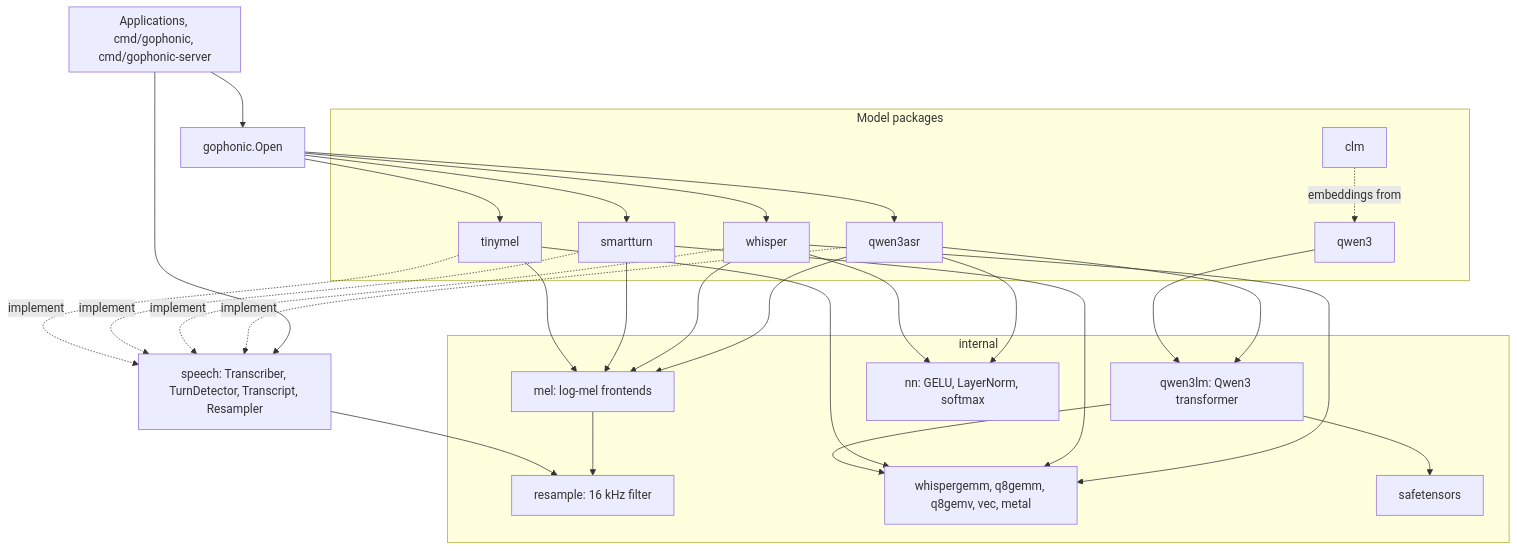
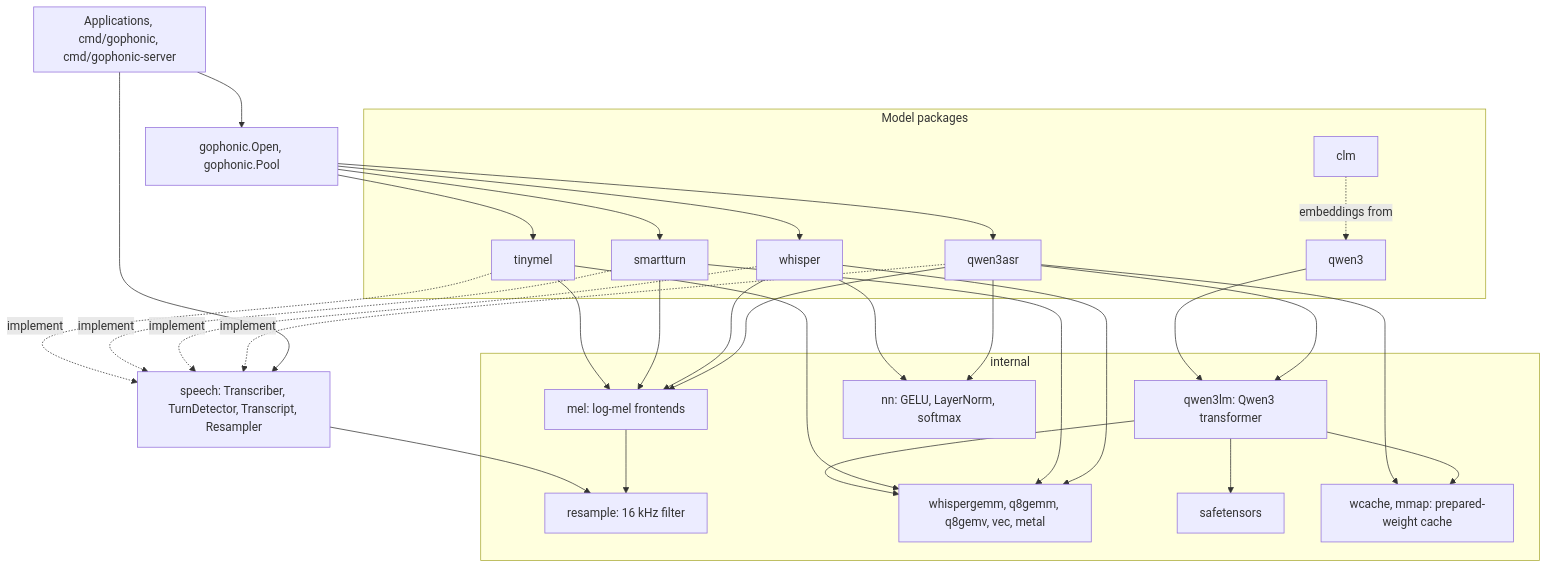
Before and after one commit to GetStream/gophonic: the first of 4 diagrams in docs/architecture.md, drawn with Mermaid. The commit also changed other lines of this file and 43 other files, not shown here.

````diff
--- a/docs/architecture.md
+++ b/docs/architecture.md
@@ -9,40 +9,42 @@
 ```mermaid
 flowchart TB
     subgraph app [Applications, cmd/gophonic, cmd/gophonic-server]
     end
-    app --> open[gophonic.Open]
+    app --> open[gophonic.Open, gophonic.Pool]
     app --> speech[speech: Transcriber, TurnDetector, Transcript, Resampler]
     open --> qwen3asr
     open --> whisper
     open --> smartturn
     open --> tinymel
     qwen3asr & whisper & smartturn & tinymel -.implement.-> speech
     qwen3asr --> qwen3lm
     qwen3 --> qwen3lm
     clm -.embeddings from.-> qwen3
     subgraph models [Model packages]
         qwen3asr
         whisper
         smartturn
         tinymel
         qwen3
         clm
     end
     subgraph internal [internal]
         mel[mel: log-mel frontends]
         resample[resample: 16 kHz filter]
         nn[nn: GELU, LayerNorm, softmax]
         qwen3lm[qwen3lm: Qwen3 transformer]
         kernels[whispergemm, q8gemm, q8gemv, vec, metal]
         safetensors
+        wcache[wcache, mmap: prepared-weight cache]
     end
     qwen3asr --> mel
     qwen3asr & whisper --> nn
     whisper --> mel
     smartturn --> mel
     tinymel --> mel
     mel --> resample
     speech --> resample
     qwen3lm --> safetensors
+    qwen3lm & qwen3asr --> wcache
     whisper & smartturn & tinymel & qwen3lm --> kernels
 ```
````
